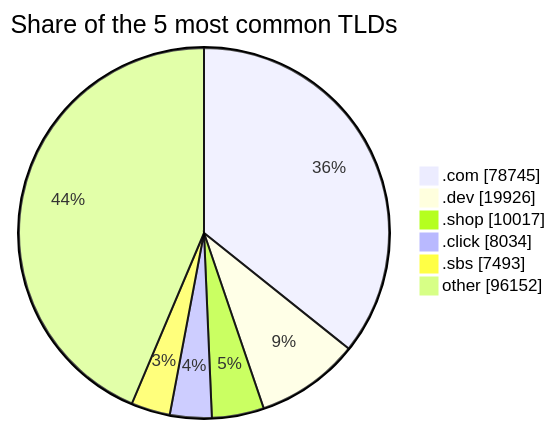
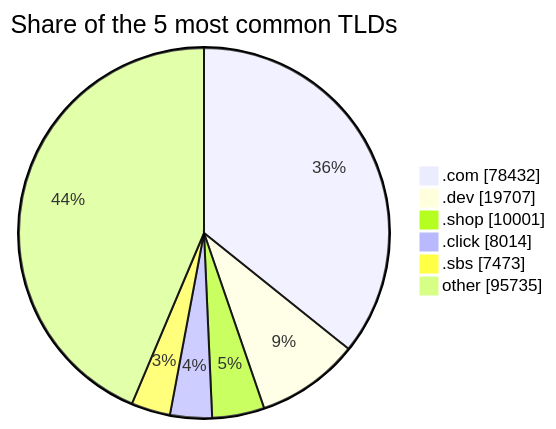
The third of 3 diagrams in README.md (DNSBunker/CTI), drawn with Mermaid before and after one commit. The commit also changed other lines of this file and 3 other files, not shown here.

````diff
--- a/README.md
+++ b/README.md
@@ -81,9 +81,9 @@
 ```mermaid
 pie showData title Share of the 5 most common TLDs
-    ".com" : 78745
-    ".dev" : 19926
-    ".shop" : 10017
-    ".click" : 8034
-    ".sbs" : 7493
-    "other" : 96152
+    ".com" : 78432
+    ".dev" : 19707
+    ".shop" : 10001
+    ".click" : 8014
+    ".sbs" : 7473
+    "other" : 95735
 ```
````
